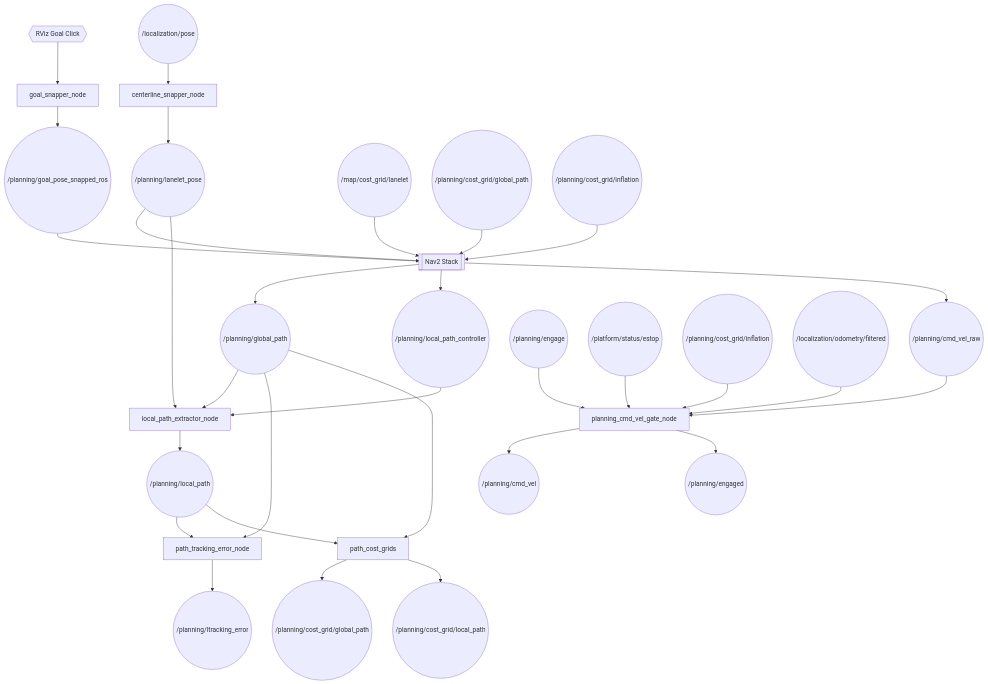
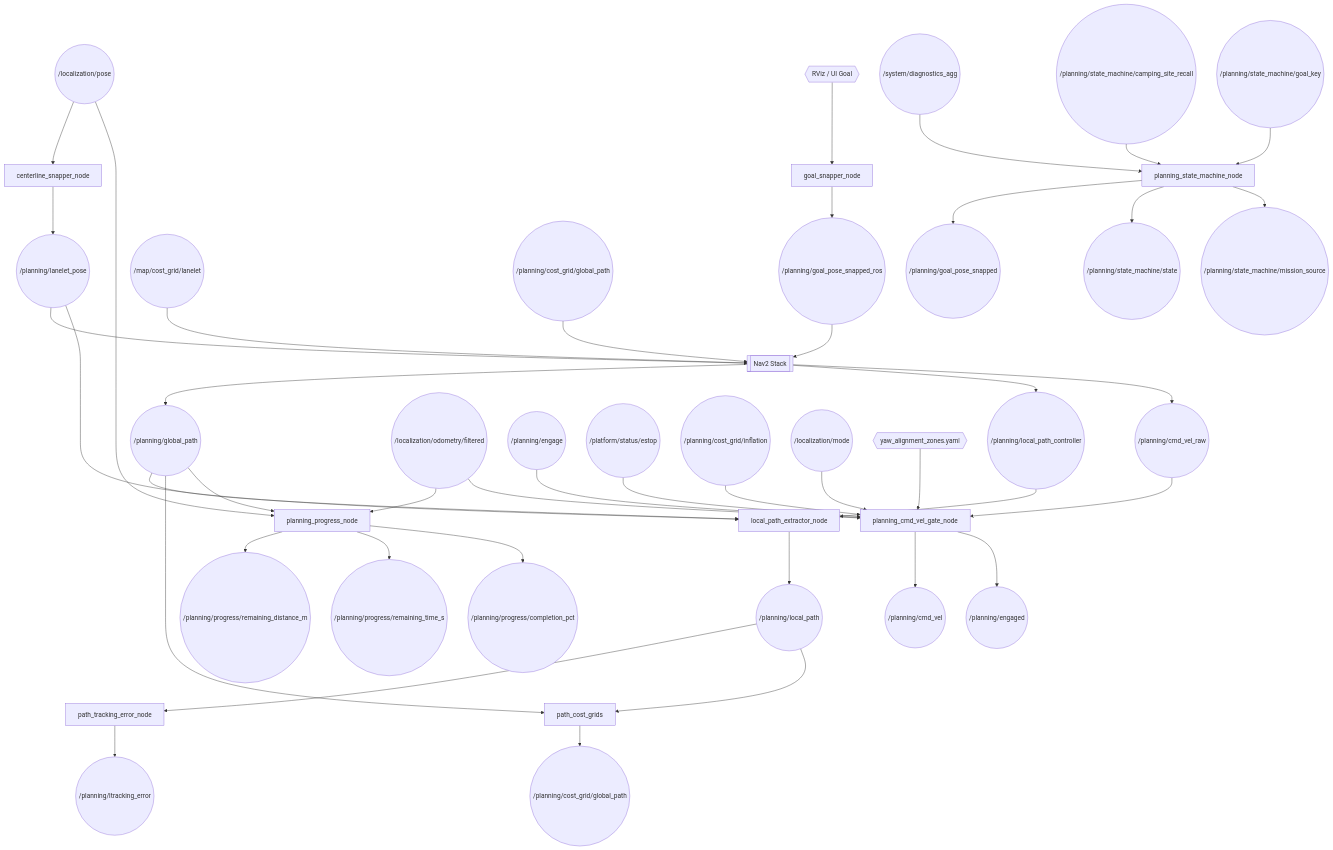
Before and after one commit to hwanhonglee/CAMROD: the first of 3 diagrams in camrod_planning/README.md, drawn with Mermaid. The commit also changed other lines of this file and 98 other files, not shown here.

````diff
--- a/camrod_planning/README.md
+++ b/camrod_planning/README.md
@@ -7,39 +7,52 @@
 ```mermaid
 graph TD
-  RVIZ{{RViz Goal Click}} --> GSNAP[goal_snapper_node]
+  RVIZ{{RViz / UI Goal}} --> GSNAP[goal_snapper_node]
   GSNAP --> GSNAPPED(("/planning/goal_pose_snapped_ros"))
 
   LOCPOSE(("/localization/pose")) --> CSNAP[centerline_snapper_node]
   CSNAP --> LANEPOSE(("/planning/lanelet_pose"))
 
   GSNAPPED --> NAV2[[Nav2 Stack]]
   LANEPOSE --> NAV2
   LCOST(("/map/cost_grid/lanelet")) --> NAV2
   GCOST(("/planning/cost_grid/global_path")) --> NAV2
-  INFCOSTMAP(("/planning/cost_grid/inflation")) --> NAV2
   NAV2 --> GPATH(("/planning/global_path"))
   NAV2 --> CTRLPATH(("/planning/local_path_controller"))
   NAV2 --> CMDRAW(("/planning/cmd_vel_raw"))
 
   LANEPOSE --> LPATH[local_path_extractor_node]
   GPATH --> LPATH
   CTRLPATH --> LPATH
   LPATH --> LOCALPATH(("/planning/local_path"))
 
   LOCALPATH --> TERR[path_tracking_error_node]
-  GPATH --> TERR
   TERR --> TERROR(("/planning/ltracking_error"))
 
   GPATH --> PCOST[path_cost_grids]
   LOCALPATH --> PCOST
   PCOST --> GPCOST(("/planning/cost_grid/global_path"))
-  PCOST --> LPCOST(("/planning/cost_grid/local_path"))
+
+  GPATH --> PROG[planning_progress_node]
+  LOCPOSE --> PROG
+  LOCODO(("/localization/odometry/filtered")) --> PROG
+  PROG --> RDIST(("/planning/progress/remaining_distance_m"))
+  PROG --> RTIME(("/planning/progress/remaining_time_s"))
+  PROG --> RPCT(("/planning/progress/completion_pct"))
 
   CMDRAW --> GATE[planning_cmd_vel_gate_node]
   ENGAGE(("/planning/engage")) --> GATE
   ESTOP(("/platform/status/estop")) --> GATE
   INFCOST(("/planning/cost_grid/inflation")) --> GATE
-  LOCODO(("/localization/odometry/filtered")) --> GATE
+  LOCMODE(("/localization/mode")) --> GATE
+  LOCODO --> GATE
+  YAMLZONES{{yaw_alignment_zones.yaml}} --> GATE
   GATE --> CMDOUT(("/planning/cmd_vel"))
   GATE --> ENGAGED(("/planning/engaged"))
+
+  DIAGAGG(("/system/diagnostics_agg")) --> SM[planning_state_machine_node]
+  RECALL(("/planning/state_machine/camping_site_recall")) --> SM
+  GOALKEY(("/planning/state_machine/goal_key")) --> SM
+  SM --> SMGOAL(("/planning/goal_pose_snapped"))
+  SM --> SMSTATE(("/planning/state_machine/state"))
+  SM --> SMSOURCE(("/planning/state_machine/mission_source"))
 ```
````
